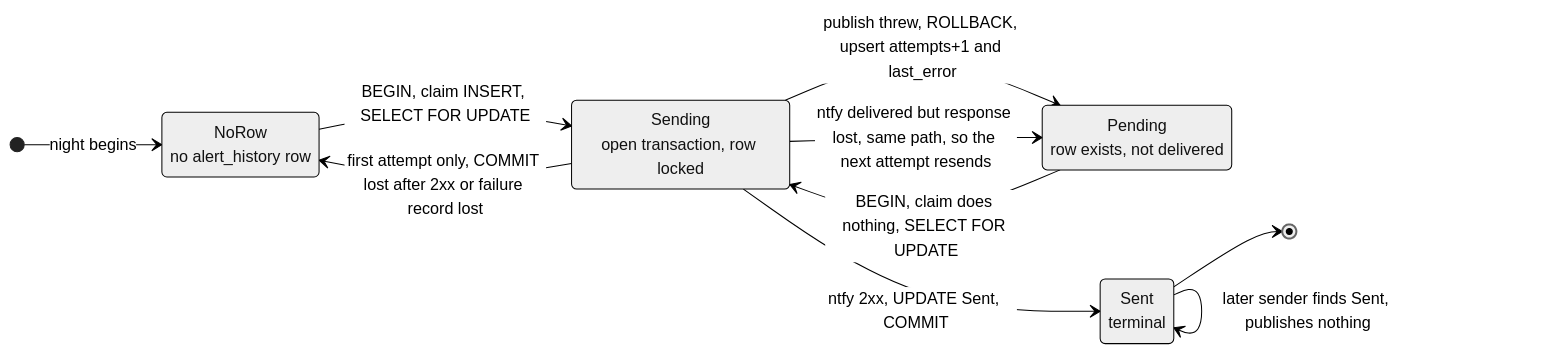
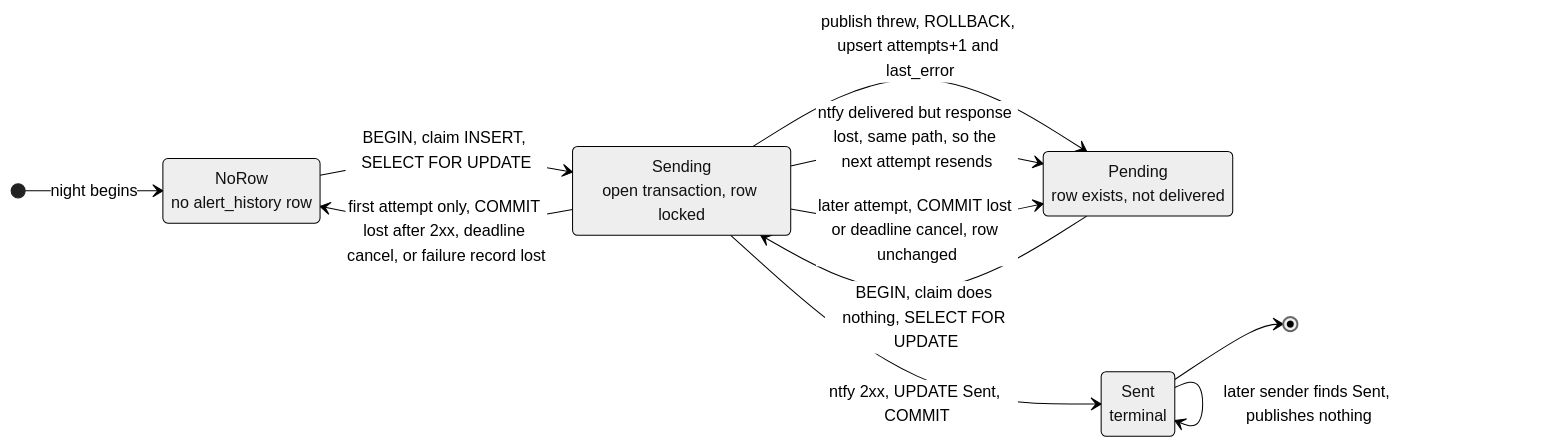
One commit to HobbesMD/PrecipitationNotification changed the third of 3 diagrams in README.md. Above: the diagram before and after it, drawn with Mermaid (neutral theme). The commit also changed other lines of this file and 9 other files, not shown here.

````diff
--- a/README.md
+++ b/README.md
@@ -142,19 +145,20 @@
 ```mermaid
 stateDiagram-v2
     direction LR
 
     state "NoRow<br/>no alert_history row" as NoRow
     state "Pending<br/>row exists, not delivered" as Pending
     state "Sending<br/>open transaction, row locked" as Sending
     state "Sent<br/>terminal" as Sent
 
     [*] --> NoRow : night begins
     NoRow --> Sending : BEGIN, claim INSERT, SELECT FOR UPDATE
     Pending --> Sending : BEGIN, claim does nothing, SELECT FOR UPDATE
     Sending --> Sent : ntfy 2xx, UPDATE Sent, COMMIT
     Sending --> Pending : publish threw, ROLLBACK, upsert attempts+1 and last_error
     Sending --> Pending : ntfy delivered but response lost, same path, so the next attempt resends
-    Sending --> NoRow : first attempt only, COMMIT lost after 2xx or failure record lost
+    Sending --> NoRow : first attempt only, COMMIT lost after 2xx, deadline cancel, or failure record lost
+    Sending --> Pending : later attempt, COMMIT lost or deadline cancel, row unchanged
     Sent --> Sent : later sender finds Sent, publishes nothing
     Sent --> [*]
 ```
````
